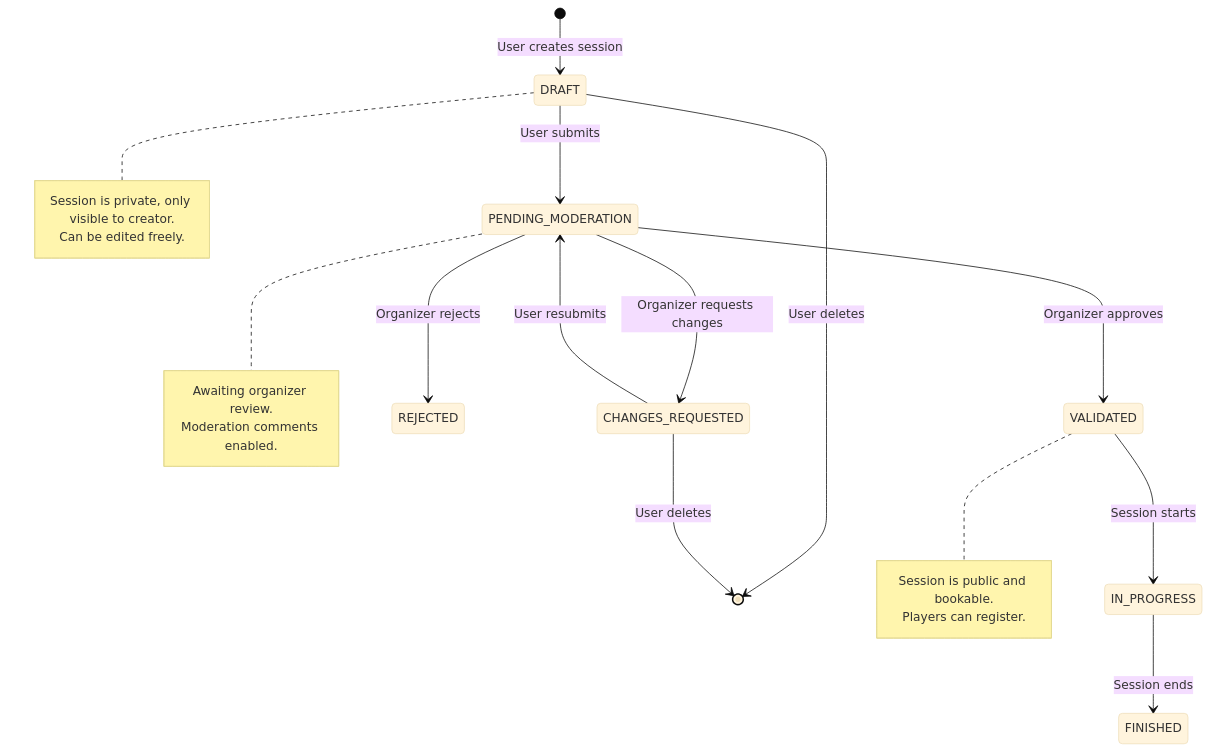
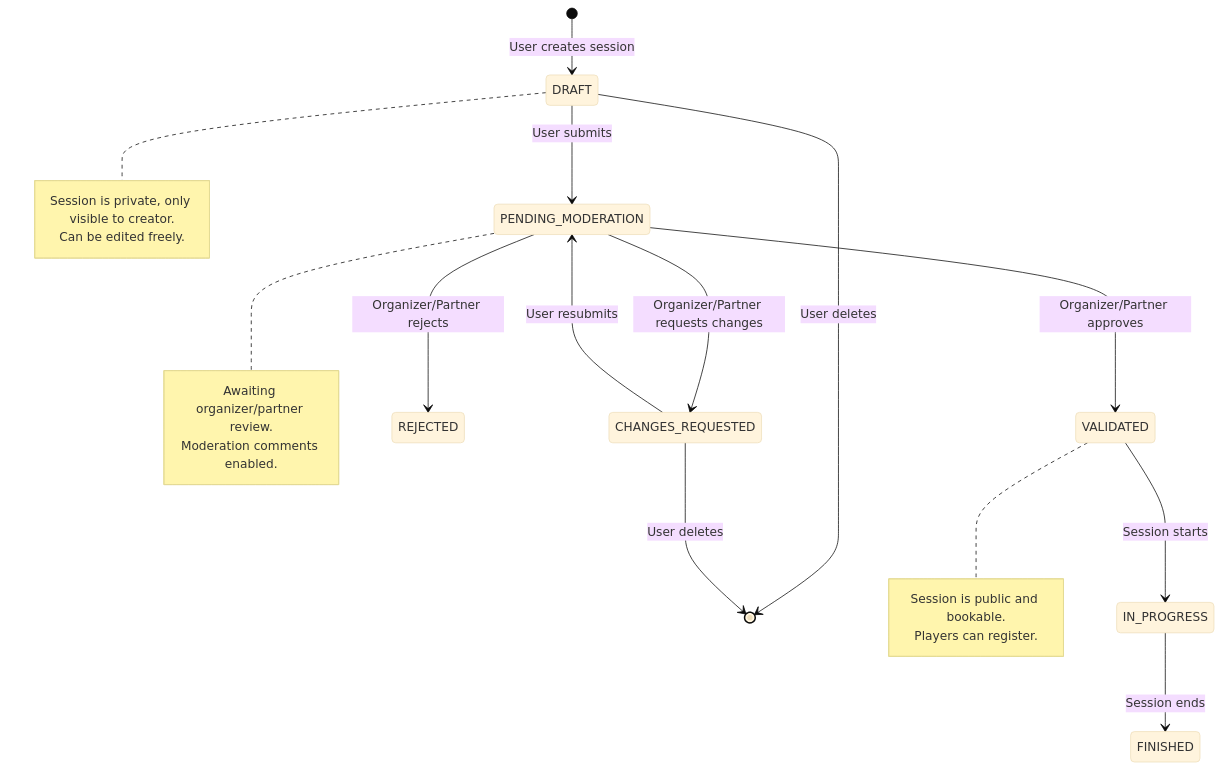
One commit to lolautruche/StructuraLudis changed the first of 5 diagrams in backend/doc/session-workflow.md. Above: the diagram before and after it, drawn with Mermaid (base theme). The commit also changed other lines of this file and 18 other files, not shown here.

````diff
--- a/backend/doc/session-workflow.md
+++ b/backend/doc/session-workflow.md
@@ -19,33 +25,33 @@
 ```mermaid
 stateDiagram-v2
     [*] --> DRAFT : User creates session
 
     DRAFT --> PENDING_MODERATION : User submits
     DRAFT --> [*] : User deletes
 
-    PENDING_MODERATION --> VALIDATED : Organizer approves
-    PENDING_MODERATION --> REJECTED : Organizer rejects
-    PENDING_MODERATION --> CHANGES_REQUESTED : Organizer requests changes
+    PENDING_MODERATION --> VALIDATED : Organizer/Partner approves
+    PENDING_MODERATION --> REJECTED : Organizer/Partner rejects
+    PENDING_MODERATION --> CHANGES_REQUESTED : Organizer/Partner requests changes
 
     CHANGES_REQUESTED --> PENDING_MODERATION : User resubmits
     CHANGES_REQUESTED --> [*] : User deletes
 
     VALIDATED --> IN_PROGRESS : Session starts
 
     IN_PROGRESS --> FINISHED : Session ends
 
     note right of DRAFT
         Session is private, only visible to creator.
         Can be edited freely.
     end note
 
     note right of PENDING_MODERATION
-        Awaiting organizer review.
+        Awaiting organizer/partner review.
         Moderation comments enabled.
     end note
 
     note right of VALIDATED
         Session is public and bookable.
         Players can register.
     end note
 ```
````
